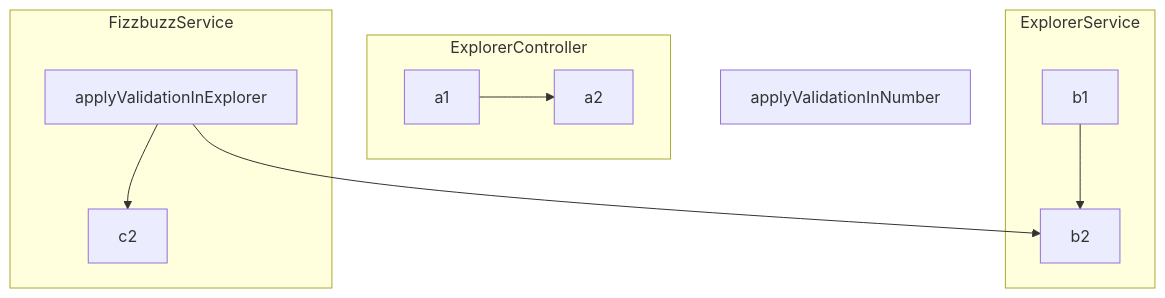
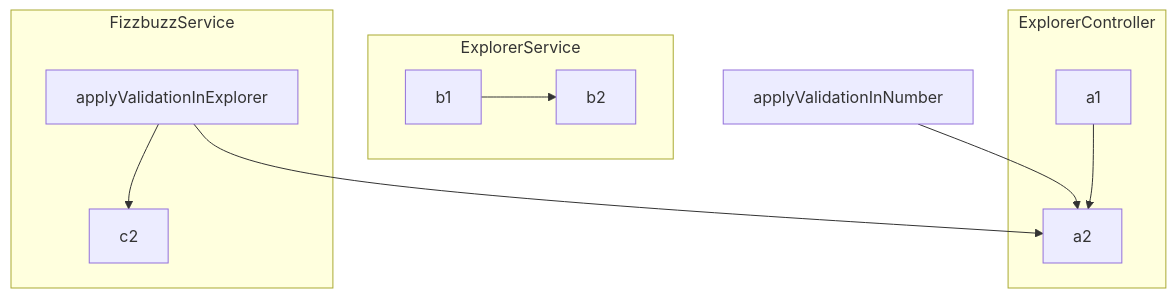
The diagram in README.md (AliciaGaona/fizzbuzz), drawn with Mermaid before and after one commit.

````diff
--- a/README.md
+++ b/README.md
@@ -12,14 +12,14 @@
 ```mermaid
 flowchart TB
-    applyValidationInNumber
-    applyValidationInExplorer-->b2
+    applyValidationInNumber-->a2
+    applyValidationInExplorer-->a2
     subgraph ExplorerController
     a1-->a2
     end
     subgraph ExplorerService
     b1-->b2
     end
     subgraph FizzbuzzService
    applyValidationInExplorer-->c2
     end
 ```
````
